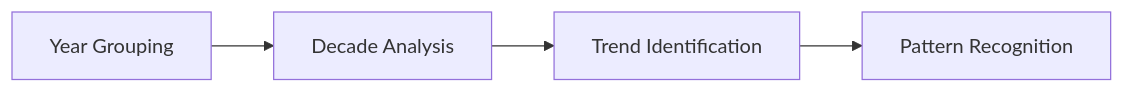
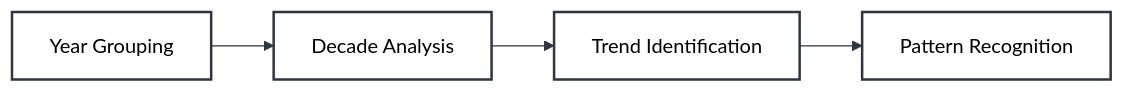
Before and after one commit to Izukushwaha/Movie-Scrapping-DA-Project: the fourth of 5 diagrams in README.md, drawn with Mermaid. The commit also changed other lines of this file, not shown here.

````diff
--- a/README.md
+++ b/README.md
@@ -104,6 +114,12 @@
 ```mermaid
+%%{init: {'theme': 'base', 'themeVariables': { 'primaryColor': '#ffffff', 'primaryTextColor': '#000000', 'primaryBorderColor': '#2f3640', 'lineColor': '#2f3640'}}}%%
 graph LR
     A[Year Grouping] --> B[Decade Analysis]
     B --> C[Trend Identification]
     C --> D[Pattern Recognition]
+    
+    style A fill:#ffffff,stroke:#2f3640,stroke-width:2px
+    style B fill:#ffffff,stroke:#2f3640,stroke-width:2px
+    style C fill:#ffffff,stroke:#2f3640,stroke-width:2px
+    style D fill:#ffffff,stroke:#2f3640,stroke-width:2px
 ```
````
